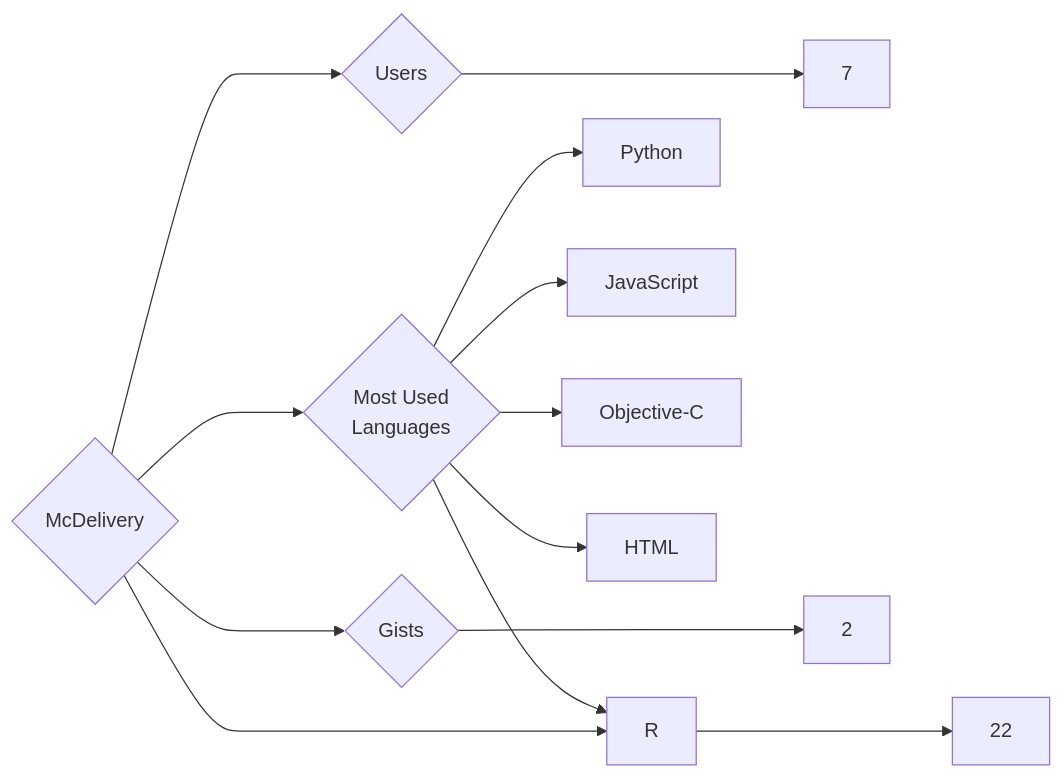
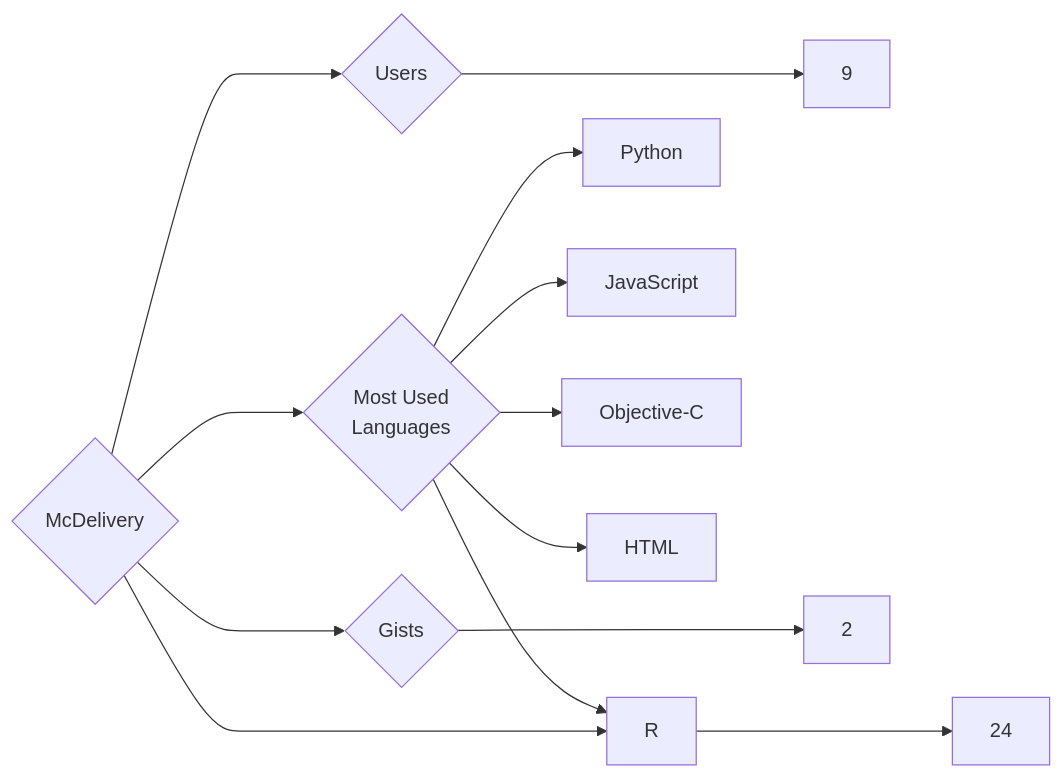
The diagram in targets/McDelivery/README.md (trickest/insiders), drawn with Mermaid before and after one commit. The commit also changed 1479 other files, not shown here.

````diff
--- a/targets/McDelivery/README.md
+++ b/targets/McDelivery/README.md
@@ -3,13 +3,13 @@
 ```mermaid
 graph LR
 COMPANY_NAME{McDelivery}
-COMPANY_NAME ---> U{Users} ---> UN[7]
-COMPANY_NAME ---> R{Repositories} ---> RN[22]
+COMPANY_NAME ---> U{Users} ---> UN[9]
+COMPANY_NAME ---> R{Repositories} ---> RN[24]
 COMPANY_NAME ---> G{Gists} ---> GN[2]
 COMPANY_NAME ---> ML{Most Used<br>Languages}
 ML --> Python[Python]
 ML --> R[R]
 ML --> JavaScript[JavaScript]
 ML --> Objective-C[Objective-C]
 ML --> HTML[HTML]
 ```
````
